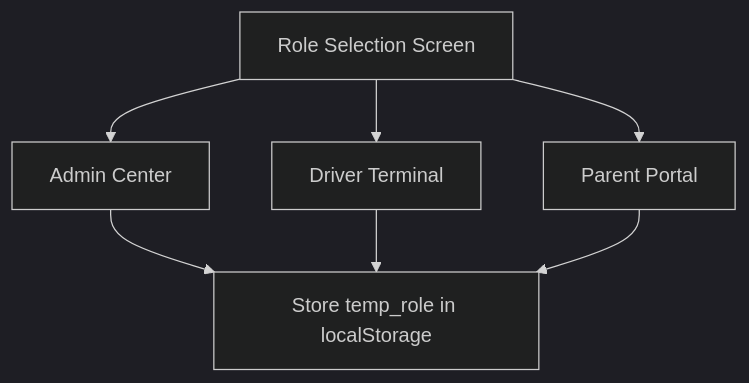
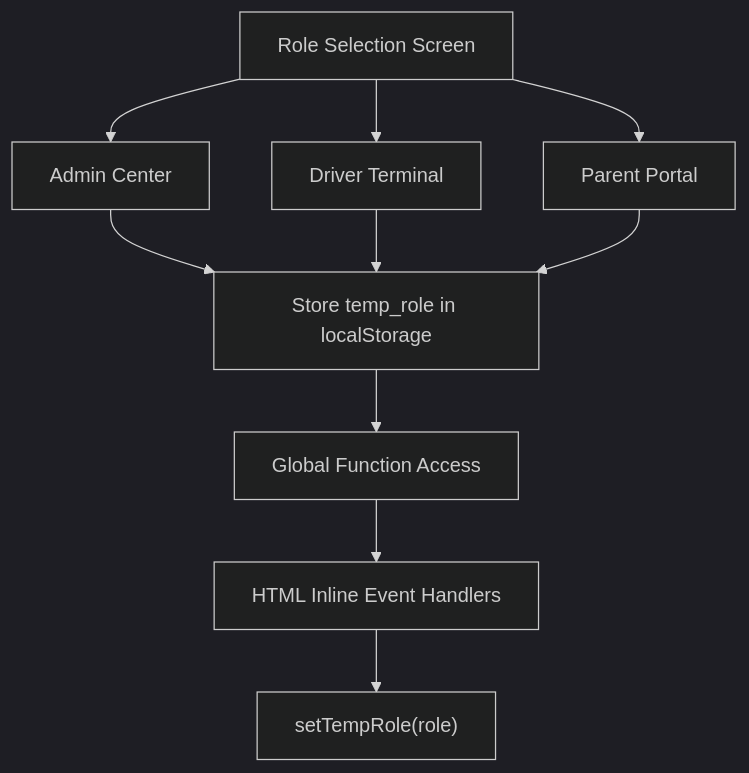
One commit to Rehanpatel3858/BusTrack-Pro changed the fifth of 11 diagrams in .qoder/repowiki/en/content/Authentication System.md. Above: the diagram before and after it, drawn with Mermaid (dark theme). The commit also changed other lines of this file and 4 other files, not shown here.

````diff
--- a/.qoder/repowiki/en/content/Authentication System.md
+++ b/.qoder/repowiki/en/content/Authentication System.md
@@ -183,9 +201,12 @@
 ```mermaid
 flowchart TD
 RoleSelect["Role Selection Screen"] --> Admin["Admin Center"]
 RoleSelect --> Driver["Driver Terminal"]
 RoleSelect --> Parent["Parent Portal"]
 Admin --> TempRole["Store temp_role in localStorage"]
 Driver --> TempRole
 Parent --> TempRole
+TempRole --> GlobalAccess["Global Function Access"]
+GlobalAccess --> InlineHandlers["HTML Inline Event Handlers"]
+InlineHandlers --> TempRoleFunction["setTempRole(role)"]
 ```
````
